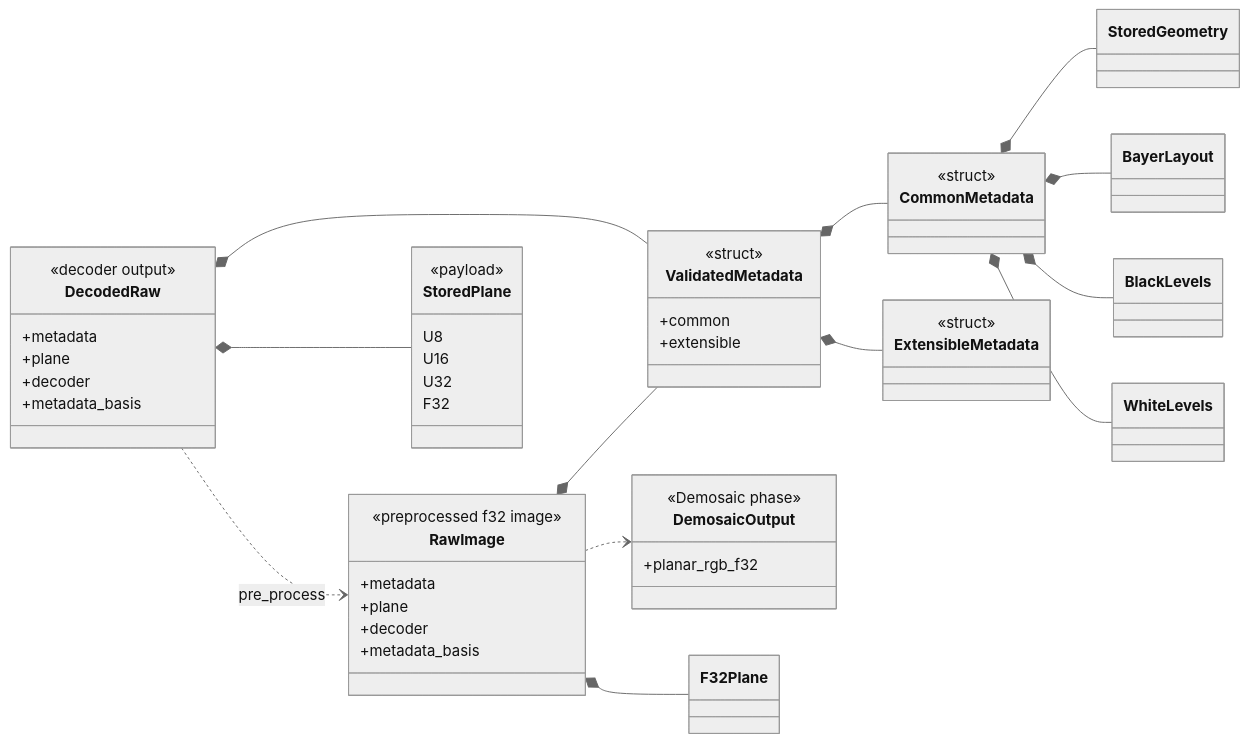
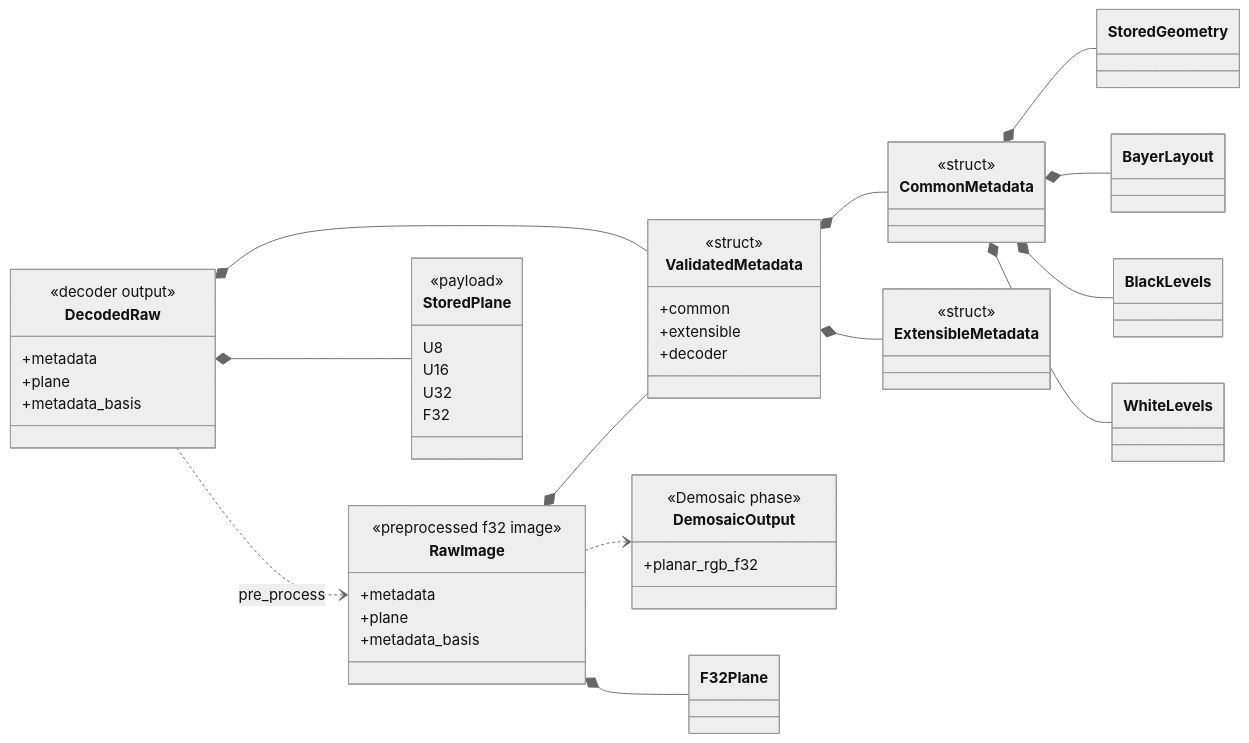
Before and after one commit to Glatzel/fornax: the diagram in docs/raw-pipeline/raw-image-struct.md, drawn with Mermaid (neutral theme). The commit also changed other lines of this file and 6 other files, not shown here.

````diff
--- a/docs/raw-pipeline/raw-image-struct.md
+++ b/docs/raw-pipeline/raw-image-struct.md
@@ -9,57 +9,56 @@
 ```mermaid
 classDiagram
     direction LR
     class DecodedRaw {
         <<decoder output>>
         +metadata
         +plane
-        +decoder
         +metadata_basis
     }
     class RawImage {
         <<preprocessed f32 image>>
         +metadata
         +plane
-        +decoder
         +metadata_basis
     }
     class ValidatedMetadata {
         <<struct>>
         +common
         +extensible
+        +decoder
     }
     class CommonMetadata {
         <<struct>>
     }
     class ExtensibleMetadata {
         <<struct>>
     }
     class StoredGeometry
     class BayerLayout
     class BlackLevels
     class WhiteLevels
     class StoredPlane {
         <<payload>>
         U8
         U16
         U32
         F32
     }
     class DemosaicOutput {
         <<Demosaic phase>>
         +planar_rgb_f32
     }
 
     DecodedRaw *-- ValidatedMetadata
     DecodedRaw *-- StoredPlane
     RawImage *-- ValidatedMetadata
     RawImage *-- F32Plane
     ValidatedMetadata *-- CommonMetadata
     ValidatedMetadata *-- ExtensibleMetadata
     CommonMetadata *-- StoredGeometry
     CommonMetadata *-- BayerLayout
     CommonMetadata *-- BlackLevels
     CommonMetadata *-- WhiteLevels
     DecodedRaw ..> RawImage : pre_process
     RawImage ..> DemosaicOutput
 ```
````
